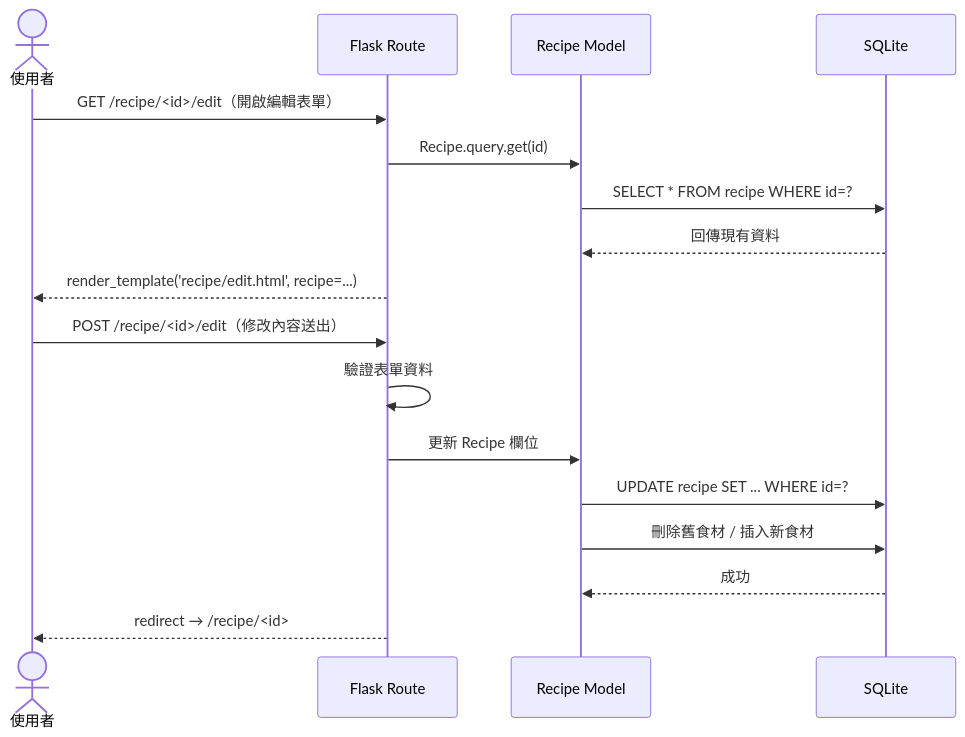
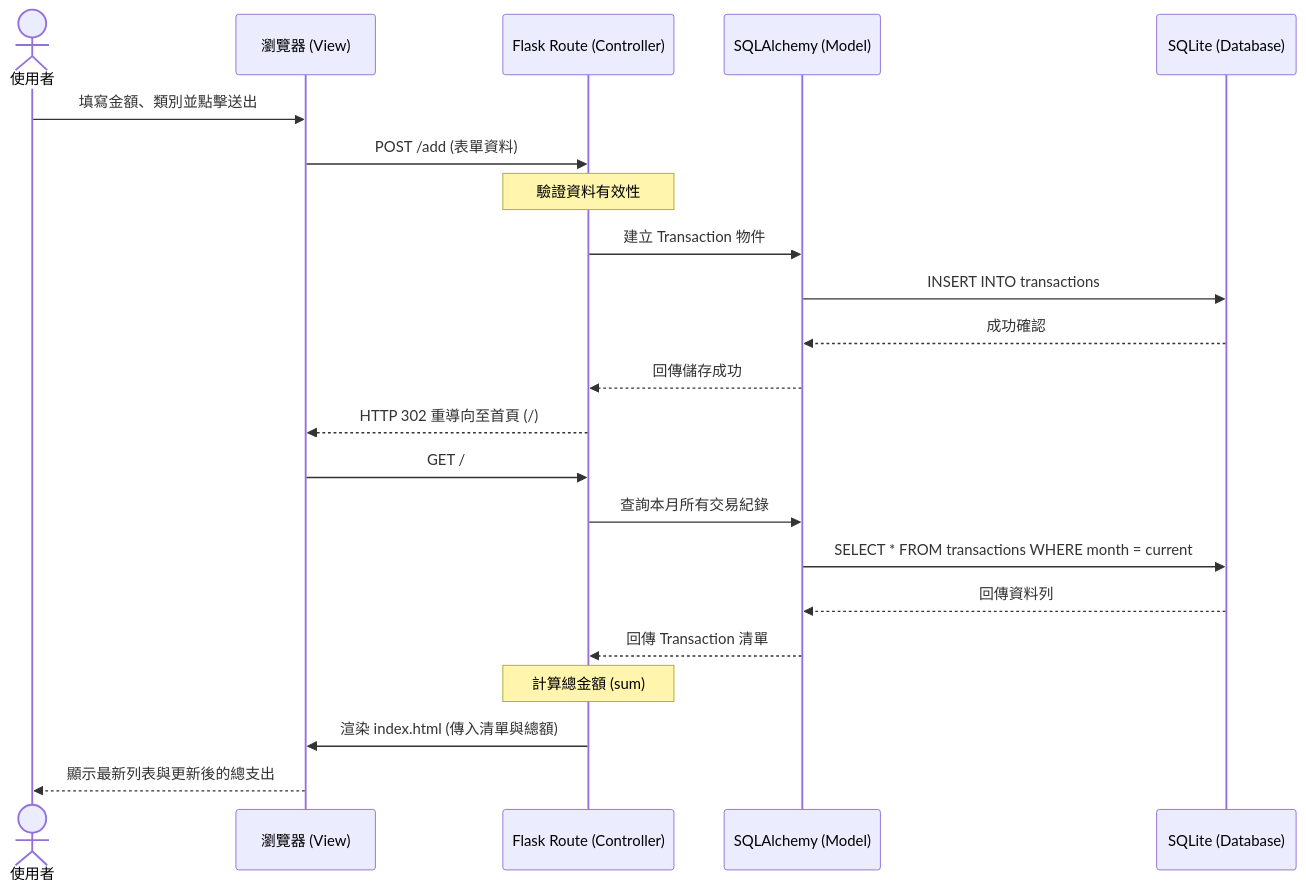
The second of 2 diagrams in docs/FLOWCHART.md (phcnnn/web_app_development), drawn with Mermaid before and after one commit. The commit also changed other lines of this file and 1 other file, not shown here.

Commit message:
docs: create architecture and flowchart

````diff
--- a/docs/FLOWCHART.md
+++ b/docs/FLOWCHART.md
@@ -131,21 +36,31 @@
 ```mermaid
 sequenceDiagram
     actor User as 使用者
-    participant Flask as Flask Route
-    participant Model as Recipe Model
-    participant DB as SQLite
+    participant Browser as 瀏覽器 (View)
+    participant Flask as Flask Route (Controller)
+    participant Model as SQLAlchemy (Model)
+    participant DB as SQLite (Database)
 
-    User->>Flask: GET /recipe/<id>/edit（開啟編輯表單）
-    Flask->>Model: Recipe.query.get(id)
-    Model->>DB: SELECT * FROM recipe WHERE id=?
-    DB-->>Model: 回傳現有資料
-    Flask-->>User: render_template('recipe/edit.html', recipe=...)
-
-    User->>Flask: POST /recipe/<id>/edit（修改內容送出）
-    Flask->>Flask: 驗證表單資料
-    Flask->>Model: 更新 Recipe 欄位
-    Model->>DB: UPDATE recipe SET ... WHERE id=?
-    Model->>DB: 刪除舊食材 / 插入新食材
-    DB-->>Model: 成功
-    Flask-->>User: redirect → /recipe/<id>
+    User->>Browser: 填寫金額、類別並點擊送出
+    Browser->>Flask: POST /add (表單資料)
+    
+    Note over Flask: 驗證資料有效性
+    
+    Flask->>Model: 建立 Transaction 物件
+    Model->>DB: INSERT INTO transactions
+    DB-->>Model: 成功確認
+    Model-->>Flask: 回傳儲存成功
+    
+    Flask-->>Browser: HTTP 302 重導向至首頁 (/)
+    
+    Browser->>Flask: GET /
+    Flask->>Model: 查詢本月所有交易紀錄
+    Model->>DB: SELECT * FROM transactions WHERE month = current
+    DB-->>Model: 回傳資料列
+    Model-->>Flask: 回傳 Transaction 清單
+    
+    Note over Flask: 計算總金額 (sum)
+    
+    Flask->>Browser: 渲染 index.html (傳入清單與總額)
+    Browser-->>User: 顯示最新列表與更新後的總支出
 ```
````
